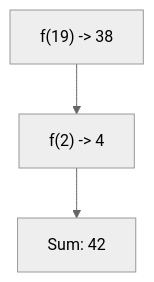
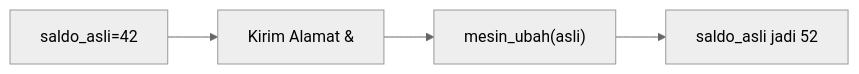
One commit to amnahwaida/OSNK_INF_PREP changed diagram 12 of 25 in part-c-pemahaman-cpp/04-fungsi/latihan/set-06.md. Above: the diagram before and after it, drawn with Mermaid (neutral theme). The commit also changed other lines of this file and 71 other files, not shown here.

````diff
--- a/part-c-pemahaman-cpp/04-fungsi/latihan/set-06.md
+++ b/part-c-pemahaman-cpp/04-fungsi/latihan/set-06.md
@@ -315,5 +329,6 @@
 ```mermaid
-graph TD
-A["f(19) -> 38"] --> B["f(2) -> 4"]
-B --> C["Sum: 42"]
+graph LR
+A["saldo_asli=42"] --> B["Kirim Alamat &"]
+B --> C["mesin_ubah(asli)"]
+C --> D["saldo_asli jadi 52"]
 ```
````
